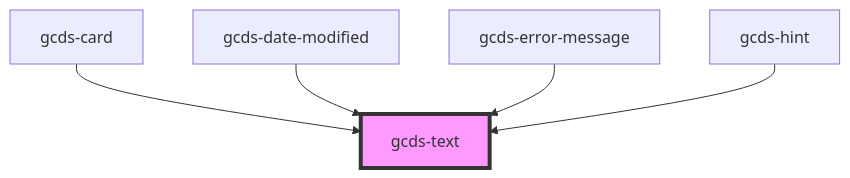
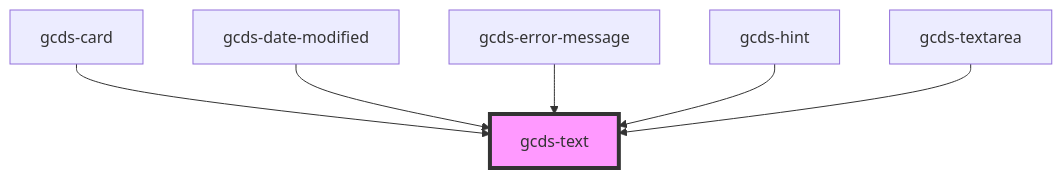
One commit to cds-snc/gcds-components changed the diagram in packages/web/src/components/gcds-text/readme.md. Above: the diagram before and after it, drawn with Mermaid. The commit also changed other lines of this file and 4 other files, not shown here.

Commit message:
refactor: integrate gcds-text into gcds-textarea

````diff
--- a/packages/web/src/components/gcds-text/readme.md
+++ b/packages/web/src/components/gcds-text/readme.md
@@ -30,8 +31,9 @@
 ```mermaid
 graph TD;
   gcds-card --> gcds-text
   gcds-date-modified --> gcds-text
   gcds-error-message --> gcds-text
   gcds-hint --> gcds-text
+  gcds-textarea --> gcds-text
   style gcds-text fill:#f9f,stroke:#333,stroke-width:4px
 ```
````
